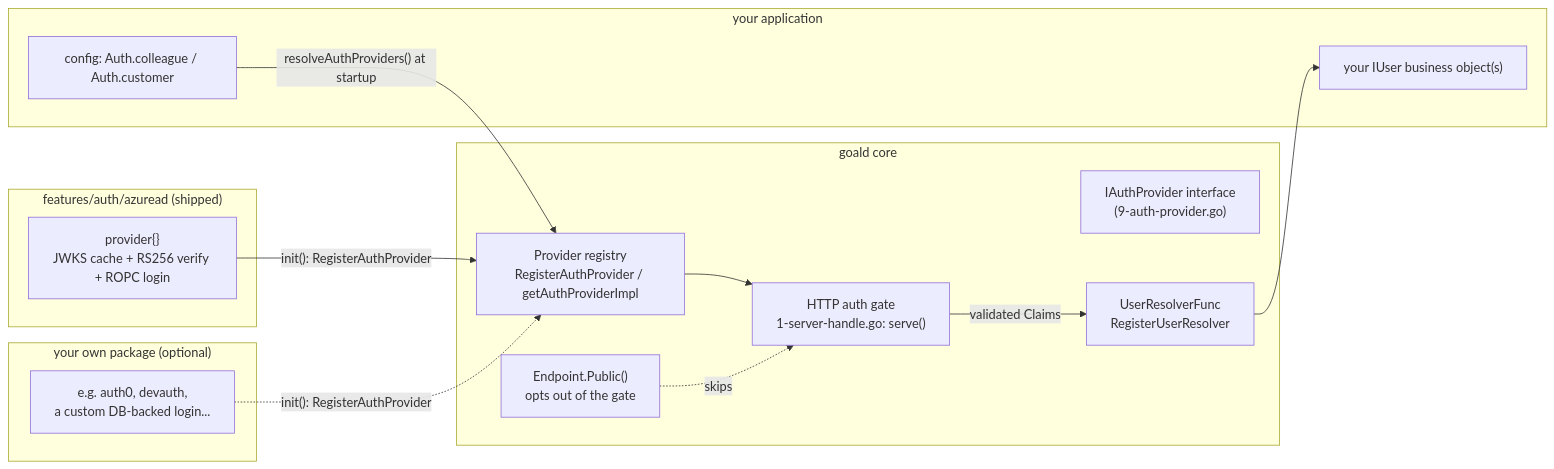
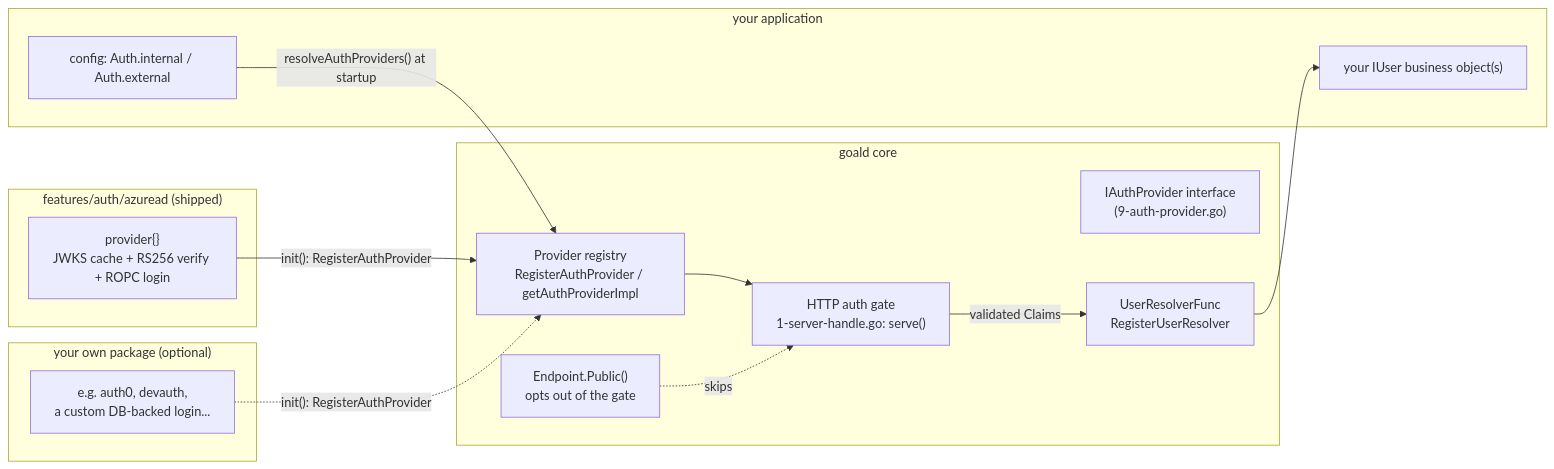
One commit to aldesgroup/goald changed the first of 2 diagrams in docs/authentication.md. Above: the diagram before and after it, drawn with Mermaid. The commit also changed other lines of this file and 18 other files, not shown here.

````diff
--- a/docs/authentication.md
+++ b/docs/authentication.md
@@ -29,31 +33,31 @@
 ```mermaid
 flowchart LR
     subgraph core["goald core"]
         IAP["IAuthProvider interface<br/>(9-auth-provider.go)"]
         REG["Provider registry<br/>RegisterAuthProvider / getAuthProviderImpl"]
         GATE["HTTP auth gate<br/>1-server-handle.go: serve()"]
         RESOLVER["UserResolverFunc<br/>RegisterUserResolver"]
         PUB["Endpoint.Public()<br/>opts out of the gate"]
     end
 
     subgraph azuread["features/auth/azuread (shipped)"]
         AZ["provider{}<br/>JWKS cache + RS256 verify + ROPC login"]
     end
 
     subgraph custom["your own package (optional)"]
         OTHER["e.g. auth0, devauth,<br/>a custom DB-backed login..."]
     end
 
     subgraph app["your application"]
-        CFG["config: Auth.colleague / Auth.customer"]
+        CFG["config: Auth.internal / Auth.external"]
         USR["your IUser business object(s)"]
     end
 
     AZ -- "init(): RegisterAuthProvider" --> REG
     OTHER -. "init(): RegisterAuthProvider" .-> REG
     CFG -- "resolveAuthProviders() at startup" --> REG
     REG --> GATE
     PUB -. "skips" .-> GATE
     GATE -- "validated Claims" --> RESOLVER
     RESOLVER --> USR
 ```
````
